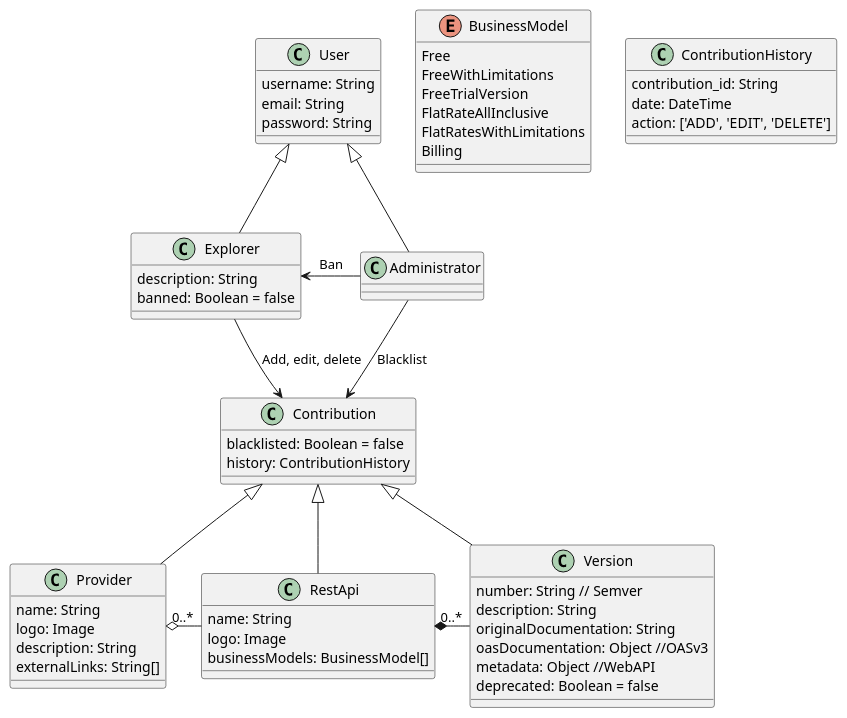
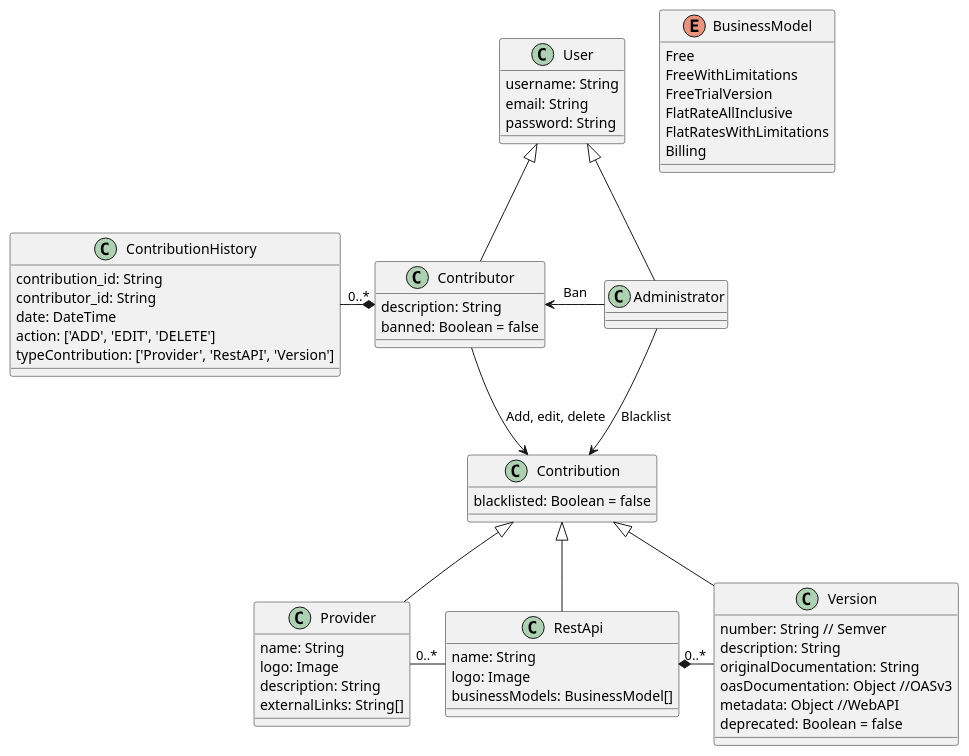
One commit to tonen100/TFM_API_RepositorioServiciosWebEnriquecidos changed the diagram in doc/dc.plantuml. Above: the diagram before and after it, drawn with PlantUML. The commit also changed 3 other files, not shown here.

```diff
--- a/doc/dc.plantuml
+++ b/doc/dc.plantuml
@@ -1,69 +1,71 @@
 @startuml "DC APIs Repositorio"
 enum BusinessModel {
     Free
     FreeWithLimitations
     FreeTrialVersion
     FlatRateAllInclusive
     FlatRatesWithLimitations
     Billing
 }
 
 class Provider {
     name: String
     logo: Image
     description: String
     externalLinks: String[]
 }
 
 class RestApi {
    name: String
    logo: Image
    businessModels: BusinessModel[]
 }
 
 class Version {
     number: String // Semver
     description: String
     originalDocumentation: String
     oasDocumentation: Object //OASv3
     metadata: Object //WebAPI
     deprecated: Boolean = false
 }
 
 class User {
     username: String
     email: String
     password: String
 }
 
-class Explorer {
+class Contributor {
     description: String
     banned: Boolean = false
 }
 
 class Administrator {
 
 }
 
 class ContributionHistory {
     contribution_id: String
+    contributor_id: String
     date: DateTime
     action: ['ADD', 'EDIT', 'DELETE']
+    typeContribution: ['Provider', 'RestAPI', 'Version']
 }
 
 class Contribution {
     blacklisted: Boolean = false
-    history: ContributionHistory
 }
 
 RestApi *-right- "0..*" Version
-Provider o-right- "0..*" RestApi
+Provider -right- "0..*" RestApi
 User <|-- Administrator
-User <|-- Explorer
+User <|-- Contributor
 Administrator --> Contribution: Blacklist
-Administrator -left-> Explorer: Ban
-Explorer --> Contribution: Add, edit, delete
+Administrator -left-> Contributor: Ban
+Contributor --> Contribution: Add, edit, delete
 Contribution <|-- Provider
 Contribution <|-- RestApi
 Contribution <|-- Version
+Contributor *-left- "0..*" ContributionHistory
 @enduml
```
